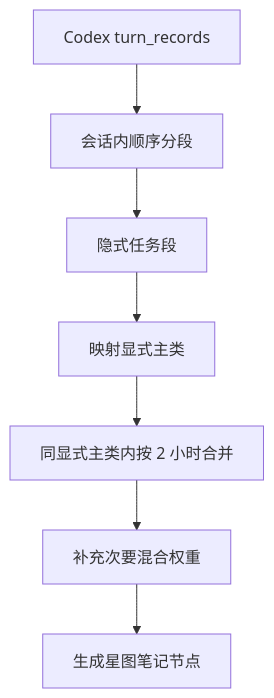
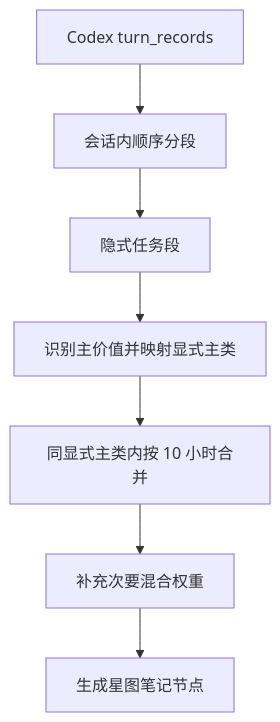
The diagram in docs/Codex日记分类聚合设计.md (code4101/codeyun), drawn with Mermaid before and after one commit. The commit also changed other lines of this file and 30 other files, not shown here.

````diff
--- a/docs/Codex日记分类聚合设计.md
+++ b/docs/Codex日记分类聚合设计.md
@@ -19,9 +21,9 @@
 ```mermaid
 flowchart TD
     A["Codex turn_records"] --> B["会话内顺序分段"]
     B --> C["隐式任务段"]
-    C --> D["映射显式主类"]
-    D --> E["同显式主类内按 2 小时合并"]
+    C --> D["识别主价值并映射显式主类"]
+    D --> E["同显式主类内按 10 小时合并"]
     E --> F["补充次要混合权重"]
     F --> G["生成星图笔记节点"]
 ```
````
